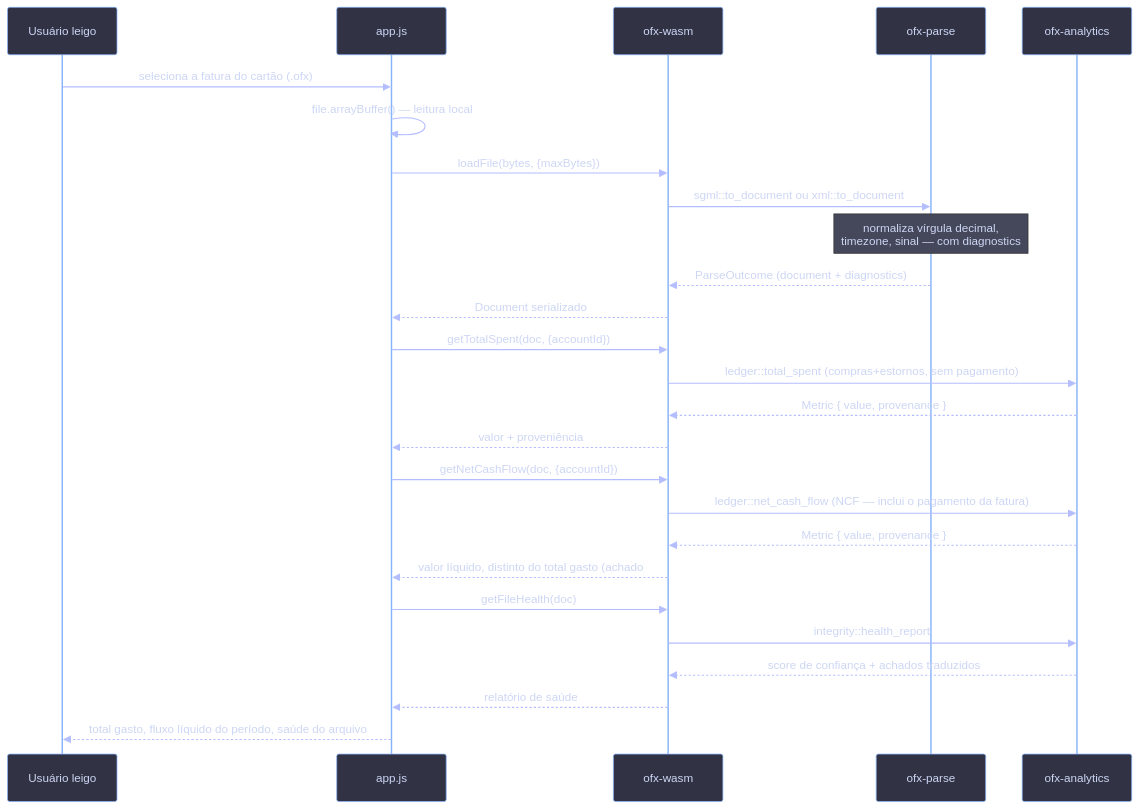
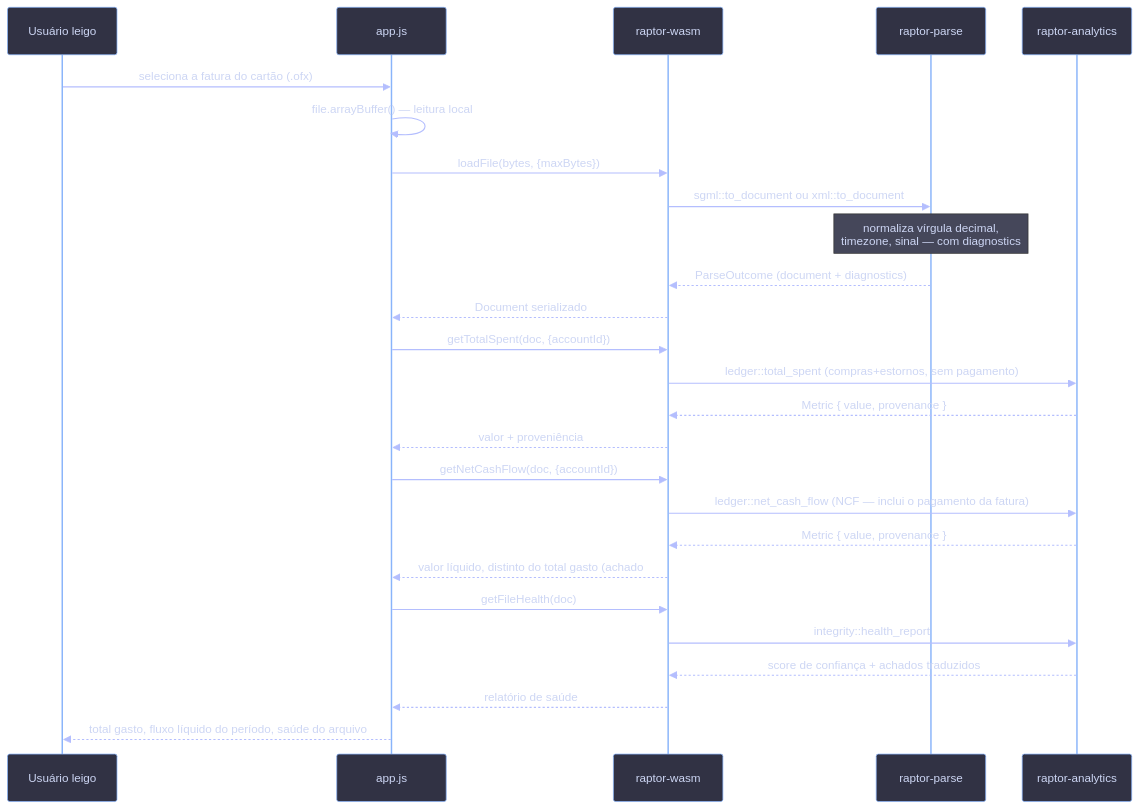
One commit to fossio/raptor changed the fourth of 10 diagrams in docs/discovery-ofx-rust-wasm.md. Above: the diagram before and after it, drawn with Mermaid. The commit also changed other lines of this file and 19 other files, not shown here.

````diff
--- a/docs/discovery-ofx-rust-wasm.md
+++ b/docs/discovery-ofx-rust-wasm.md
@@ -597,30 +596,30 @@
 ```mermaid
 %%{init: {'theme':'base','themeVariables':{'background':'#1e1e2e','primaryColor':'#313244','primaryTextColor':'#cdd6f4','primaryBorderColor':'#89b4fa','lineColor':'#b4befe','actorBkg':'#313244','actorBorder':'#89b4fa','actorTextColor':'#cdd6f4','signalColor':'#b4befe','signalTextColor':'#cdd6f4','labelBoxBkgColor':'#181825','labelBoxBorderColor':'#585b70','noteBkgColor':'#45475a','noteTextColor':'#cdd6f4','fontFamily':'monospace'}}}%%
 sequenceDiagram
     participant U as Usuário leigo
     participant JS as app.js
-    participant W as ofx-wasm
-    participant P as ofx-parse
-    participant A as ofx-analytics
+    participant W as raptor-wasm
+    participant P as raptor-parse
+    participant A as raptor-analytics
 
     U->>JS: seleciona a fatura do cartão (.ofx)
     JS->>JS: file.arrayBuffer() — leitura local
     JS->>W: loadFile(bytes, {maxBytes})
     W->>P: sgml::to_document ou xml::to_document
     Note over P: normaliza vírgula decimal,<br/>timezone, sinal — com diagnostics
     P-->>W: ParseOutcome (document + diagnostics)
     W-->>JS: Document serializado
     JS->>W: getTotalSpent(doc, {accountId})
     W->>A: ledger::total_spent (compras+estornos, sem pagamento)
     A-->>W: Metric { value, provenance }
     W-->>JS: valor + proveniência
     JS->>W: getNetCashFlow(doc, {accountId})
     W->>A: ledger::net_cash_flow (NCF — inclui o pagamento da fatura)
     A-->>W: Metric { value, provenance }
     W-->>JS: valor líquido, distinto do total gasto (achado #52)
     JS->>W: getFileHealth(doc)
     W->>A: integrity::health_report
     A-->>W: score de confiança + achados traduzidos
     W-->>JS: relatório de saúde
     JS-->>U: total gasto, fluxo líquido do período, saúde do arquivo
 ```
````
